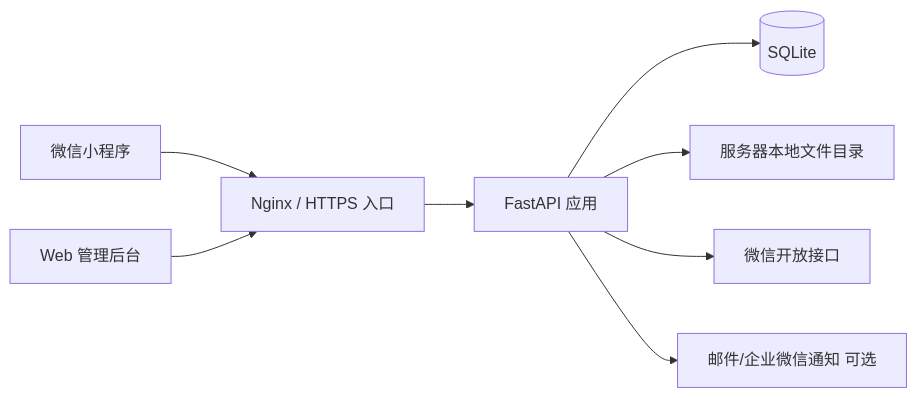
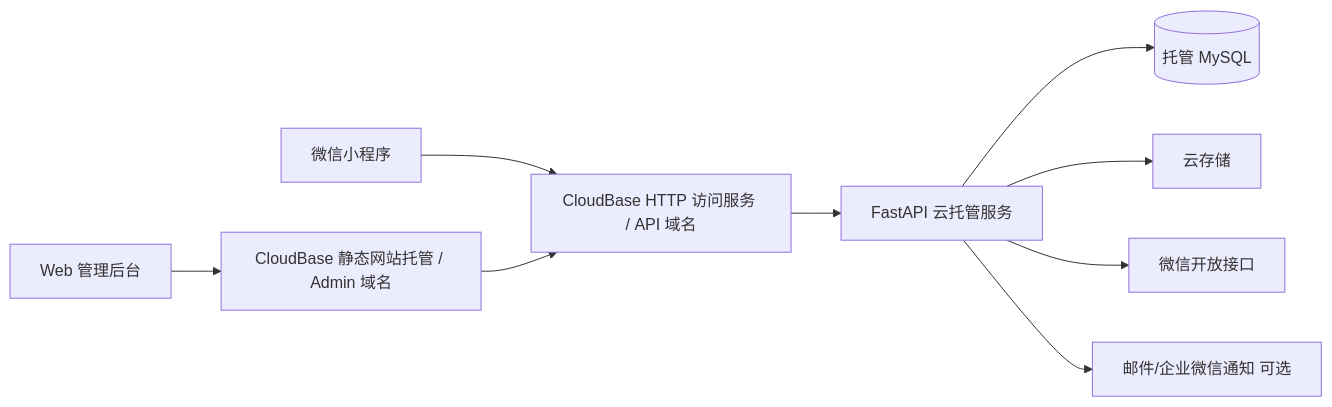
The first of 2 diagrams in docs/MVP架构设计-Python后端版.md (tangwenixng/YRFashion), drawn with Mermaid before and after one commit. The commit also changed other lines of this file, not shown here.

Commit message:
docs: adapt MVP architecture for CloudBase deployment

````diff
--- a/docs/MVP架构设计-Python后端版.md
+++ b/docs/MVP架构设计-Python后端版.md
@@ -65,10 +72,11 @@
 ```mermaid
 flowchart LR
-    A[微信小程序] --> B[Nginx / HTTPS 入口]
-    C[Web 管理后台] --> B
-    B --> D[FastAPI 应用]
-    D --> E[(SQLite)]
-    D --> F[服务器本地文件目录]
-    D --> G[微信开放接口]
-    D --> H[邮件/企业微信通知 可选]
+    A[微信小程序] --> B[CloudBase HTTP 访问服务 / API 域名]
+    C[Web 管理后台] --> D[CloudBase 静态网站托管 / Admin 域名]
+    D --> B
+    B --> E[FastAPI 云托管服务]
+    E --> F[(托管 MySQL)]
+    E --> G[云存储]
+    E --> H[微信开放接口]
+    E --> I[邮件/企业微信通知 可选]
 ```
````
